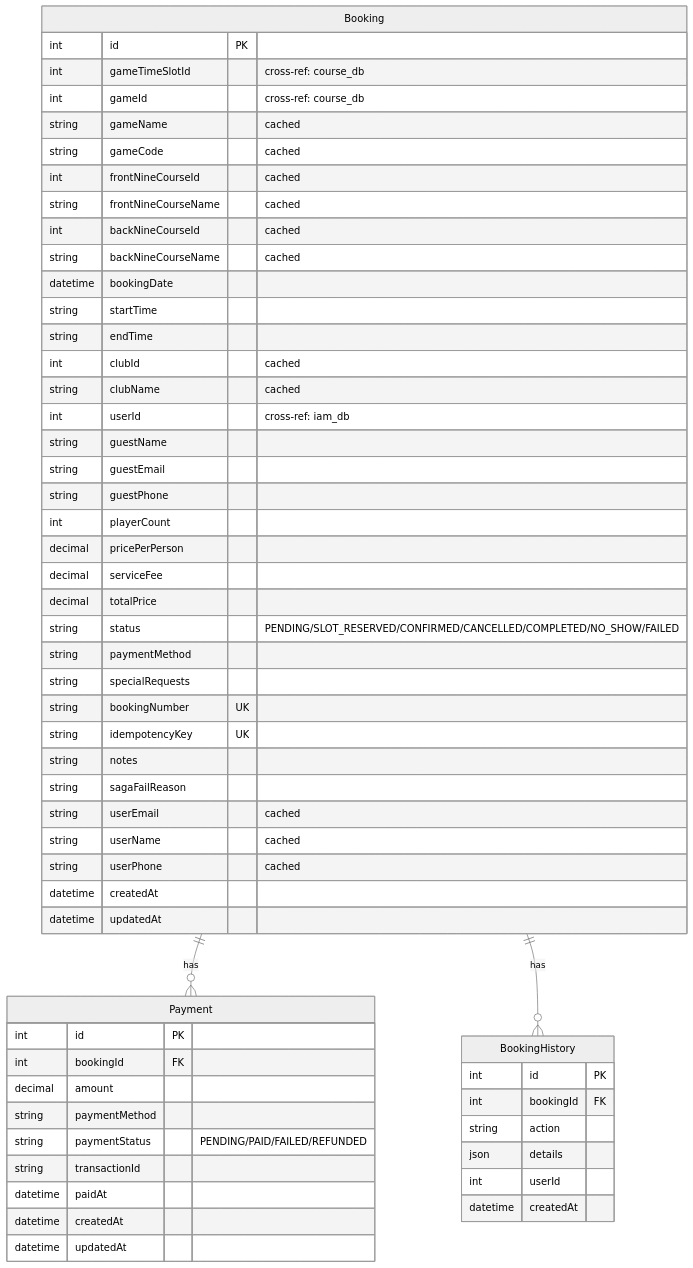
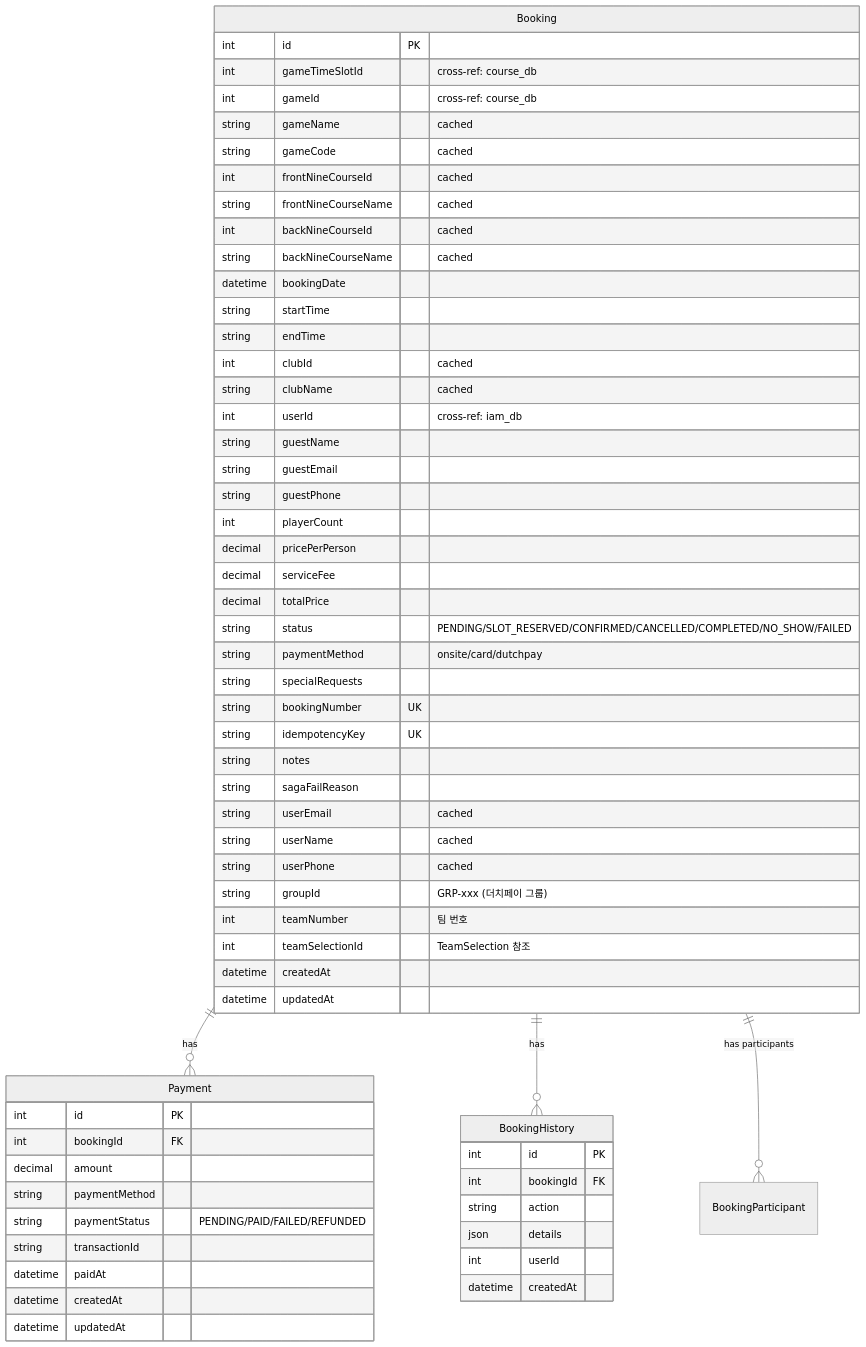
Diagram 14 of 28 in docs/architecture/DATABASE.md (uniyous/parkgolf-platform), drawn with Mermaid (neutral theme) before and after one commit. The commit also changed other lines of this file and 17 other files, not shown here.

````diff
--- a/docs/architecture/DATABASE.md
+++ b/docs/architecture/DATABASE.md
@@ -647,63 +671,67 @@
 ```mermaid
 erDiagram
     Booking ||--o{ Payment : "has"
     Booking ||--o{ BookingHistory : "has"
+    Booking ||--o{ BookingParticipant : "has participants"
 
     Booking {
         int id PK
         int gameTimeSlotId "cross-ref: course_db"
         int gameId "cross-ref: course_db"
         string gameName "cached"
         string gameCode "cached"
         int frontNineCourseId "cached"
         string frontNineCourseName "cached"
         int backNineCourseId "cached"
         string backNineCourseName "cached"
         datetime bookingDate
         string startTime
         string endTime
         int clubId "cached"
         string clubName "cached"
         int userId "cross-ref: iam_db"
         string guestName
         string guestEmail
         string guestPhone
         int playerCount
         decimal pricePerPerson
         decimal serviceFee
         decimal totalPrice
         string status "PENDING/SLOT_RESERVED/CONFIRMED/CANCELLED/COMPLETED/NO_SHOW/FAILED"
-        string paymentMethod
+        string paymentMethod "onsite/card/dutchpay"
         string specialRequests
         string bookingNumber UK
         string idempotencyKey UK
         string notes
         string sagaFailReason
         string userEmail "cached"
         string userName "cached"
         string userPhone "cached"
+        string groupId "GRP-xxx (더치페이 그룹)"
+        int teamNumber "팀 번호"
+        int teamSelectionId "TeamSelection 참조"
         datetime createdAt
         datetime updatedAt
     }
 
     Payment {
         int id PK
         int bookingId FK
         decimal amount
         string paymentMethod
         string paymentStatus "PENDING/PAID/FAILED/REFUNDED"
         string transactionId
         datetime paidAt
         datetime createdAt
         datetime updatedAt
     }
 
     BookingHistory {
         int id PK
         int bookingId FK
         string action
         json details
         int userId
         datetime createdAt
     }
 ```
````
